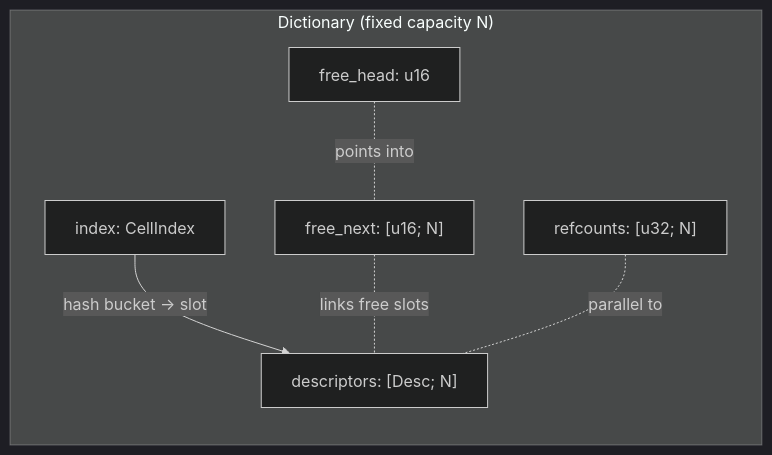
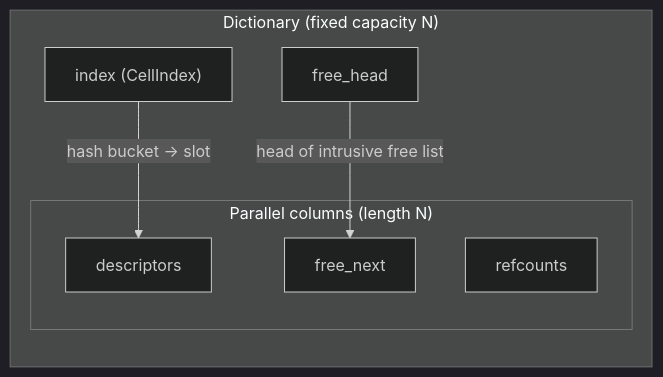
The third of 22 diagrams in crates/gabion/CRDT.md (prosody-events/gabion), drawn with Mermaid (dark theme) before and after one commit. The commit also changed other lines of this file and 7 other files, not shown here.

````diff
--- a/crates/gabion/CRDT.md
+++ b/crates/gabion/CRDT.md
@@ -244,14 +225,15 @@
 ```mermaid
 flowchart LR
     subgraph Dict["Dictionary (fixed capacity N)"]
-        D["descriptors: [Desc; N]"]
-        R["refcounts: [u32; N]"]
-        F["free_next: [u16; N]"]
-        H["free_head: u16"]
-        I["index: CellIndex"]
+        direction TB
+        subgraph cols["Parallel columns (length N)"]
+            D["descriptors"]
+            R["refcounts"]
+            F["free_next"]
+        end
+        H["free_head"]
+        I["index (CellIndex)"]
     end
-    I -- "hash bucket -> slot" --> D
-    F -. "links free slots" .- D
-    R -. "parallel to" .- D
-    H -. "points into" .- F
+    I -- "hash bucket → slot" --> D
+    H -- "head of intrusive free list" --> F
 ```
````
